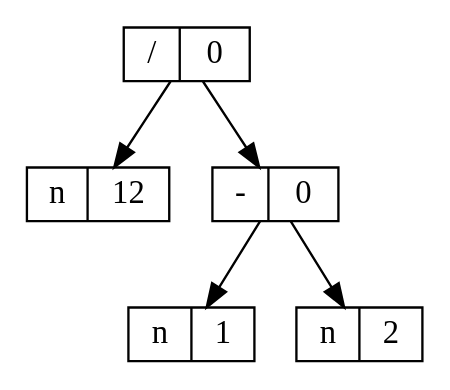
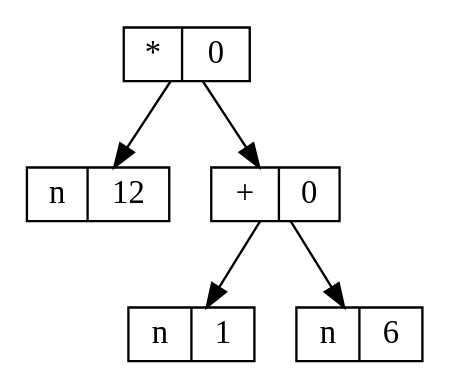
One commit to Thallysson100/Semestre4_Disciplinas_Drive changed the diagram in Compiladores/Compilador/calc-tree/tree.dot. Above: the diagram before and after it, drawn with Graphviz. The commit also changed 29 other files, not shown here.

```diff
--- a/Compiladores/Compilador/calc-tree/tree.dot
+++ b/Compiladores/Compilador/calc-tree/tree.dot
@@ -1,12 +1,12 @@
 digraph {
 	node [shape=record , height = .1];
-	n0x5870936067b0 [label="/|0"]
-	n0x587093606730 [label="n|12"]
-	n0x587093606790 [label="-|0"]
-	n0x587093606750 [label="n|1"]
-	n0x587093606770 [label="n|2"]
-	n0x5870936067b0 -> n0x587093606730
-	n0x5870936067b0 -> n0x587093606790
-	n0x587093606790 -> n0x587093606750
-	n0x587093606790 -> n0x587093606770
+	n0x6147da2087b0 [label="*|0"]
+	n0x6147da208730 [label="n|12"]
+	n0x6147da208790 [label="+|0"]
+	n0x6147da208750 [label="n|1"]
+	n0x6147da208770 [label="n|6"]
+	n0x6147da2087b0 -> n0x6147da208730
+	n0x6147da2087b0 -> n0x6147da208790
+	n0x6147da208790 -> n0x6147da208750
+	n0x6147da208790 -> n0x6147da208770
 }
```
